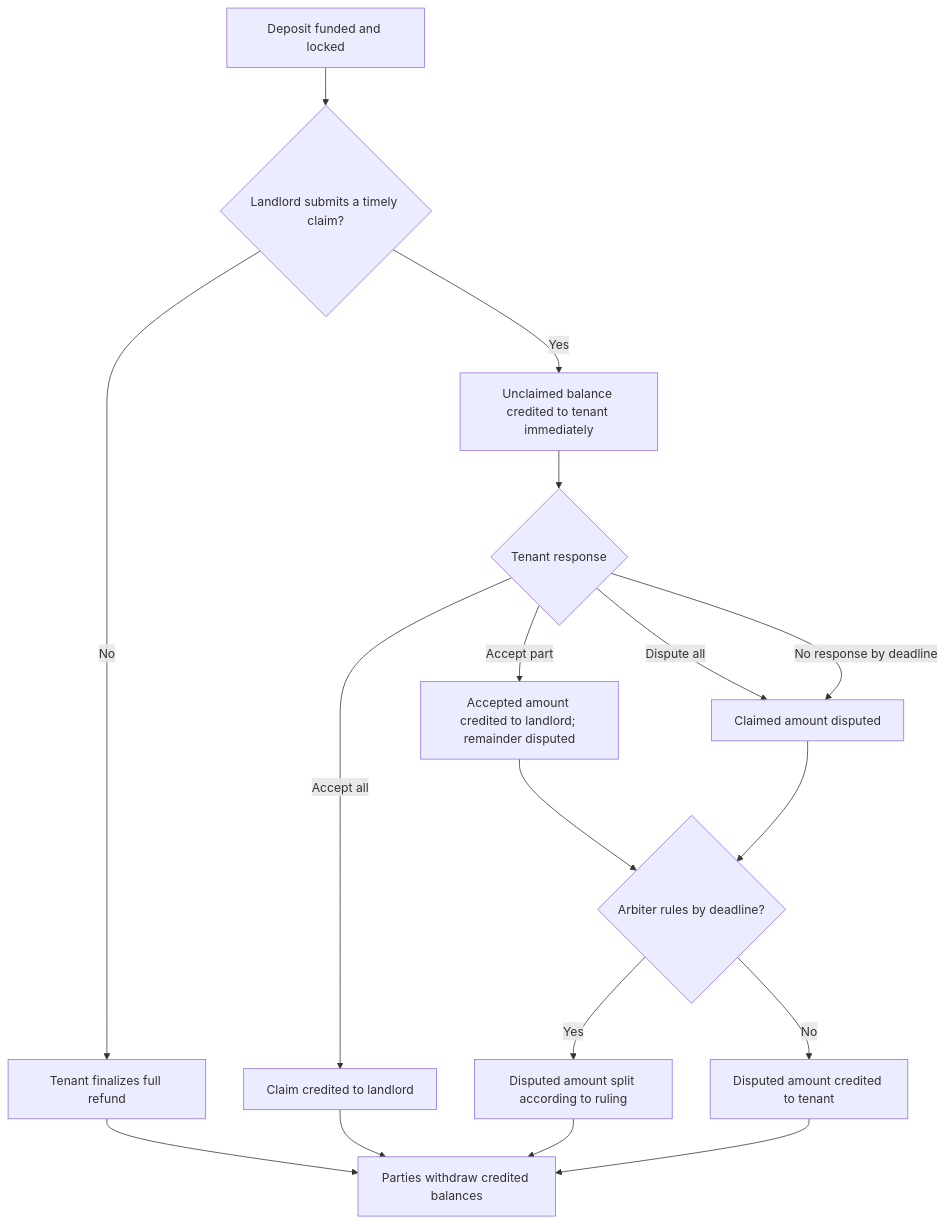
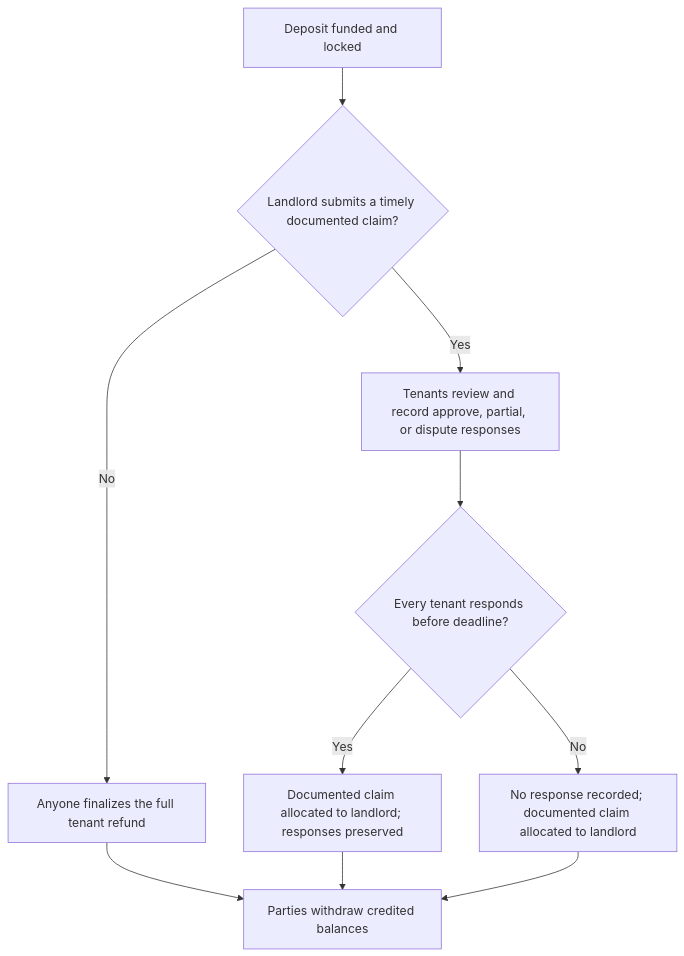
The diagram in docs/protocol-flow.md (omslice/OpenEscrow), drawn with Mermaid before and after one commit. The commit also changed other lines of this file and 61 other files, not shown here.

````diff
--- a/docs/protocol-flow.md
+++ b/docs/protocol-flow.md
@@ -14,19 +13,12 @@
 ```mermaid
 flowchart TD
-    A["Deposit funded and locked"] --> B{"Landlord submits a timely claim?"}
-    B -->|No| C["Tenant finalizes full refund"]
-    B -->|Yes| D["Unclaimed balance credited to tenant immediately"]
-    D --> E{"Tenant response"}
-    E -->|Accept all| F["Claim credited to landlord"]
-    E -->|Accept part| G["Accepted amount credited to landlord; remainder disputed"]
-    E -->|Dispute all| H["Claimed amount disputed"]
-    E -->|No response by deadline| H
-    G --> I{"Arbiter rules by deadline?"}
-    H --> I
-    I -->|Yes| J["Disputed amount split according to ruling"]
-    I -->|No| K["Disputed amount credited to tenant"]
-    C --> L["Parties withdraw credited balances"]
-    F --> L
-    J --> L
-    K --> L
+    A["Deposit funded and locked"] --> B{"Landlord submits a timely documented claim?"}
+    B -->|No| C["Anyone finalizes the full tenant refund"]
+    B -->|Yes| D["Tenants review and record approve, partial, or dispute responses"]
+    D --> E{"Every tenant responds before deadline?"}
+    E -->|Yes| F["Documented claim allocated to landlord; responses preserved"]
+    E -->|No| G["No response recorded; documented claim allocated to landlord"]
+    C --> H["Parties withdraw credited balances"]
+    F --> H
+    G --> H
 ```
````
